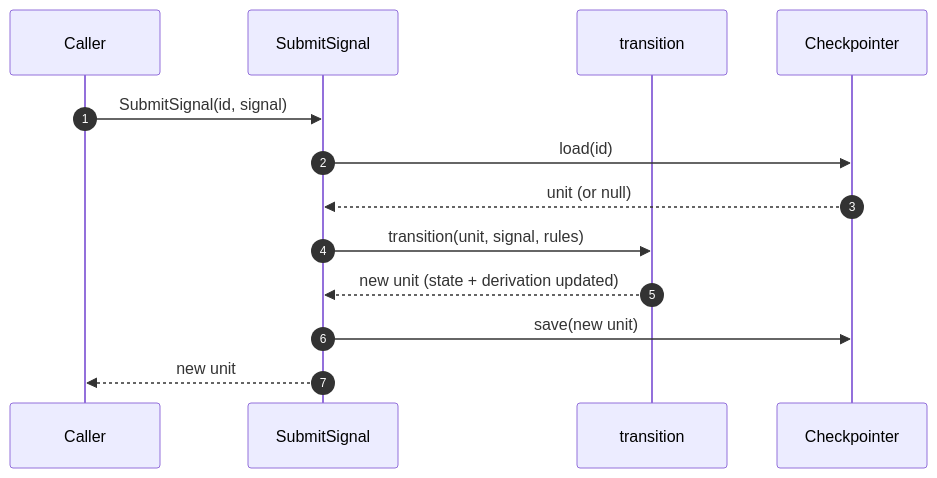
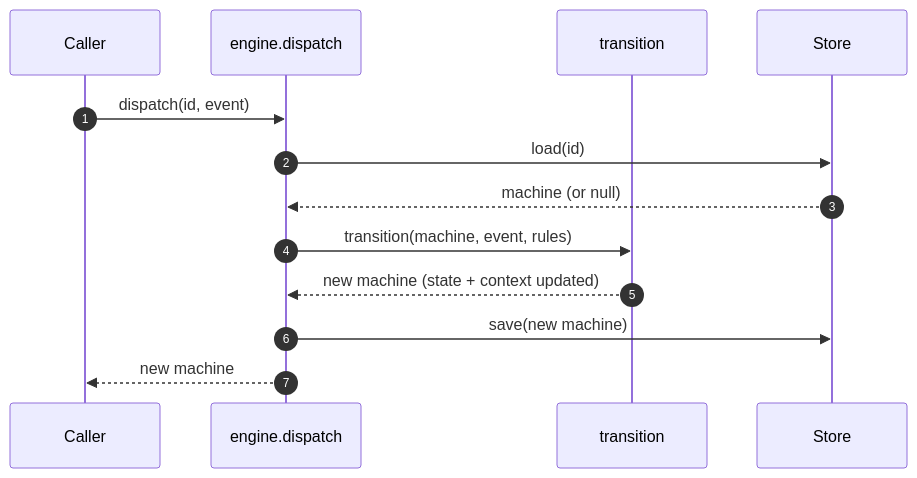
Before and after one commit to foreman-lab/handbook: the diagram in architecture.md, drawn with Mermaid. The commit also changed other lines of this file, not shown here.

````diff
--- a/architecture.md
+++ b/architecture.md
@@ -195,16 +198,16 @@
 ```mermaid
 sequenceDiagram
     autonumber
     participant C as Caller
-    participant UC as SubmitSignal
+    participant E as engine.dispatch
     participant Dom as transition
-    participant CP as Checkpointer
+    participant S as Store
 
-    C->>UC: SubmitSignal(id, signal)
-    UC->>CP: load(id)
-    CP-->>UC: unit (or null)
-    UC->>Dom: transition(unit, signal, rules)
-    Dom-->>UC: new unit (state + derivation updated)
-    UC->>CP: save(new unit)
-    UC-->>C: new unit
+    C->>E: dispatch(id, event)
+    E->>S: load(id)
+    S-->>E: machine (or null)
+    E->>Dom: transition(machine, event, rules)
+    Dom-->>E: new machine (state + context updated)
+    E->>S: save(new machine)
+    E-->>C: new machine
 ```
````
